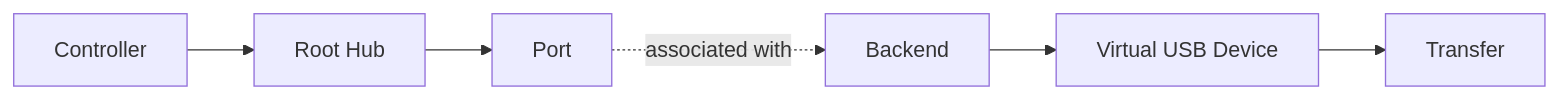
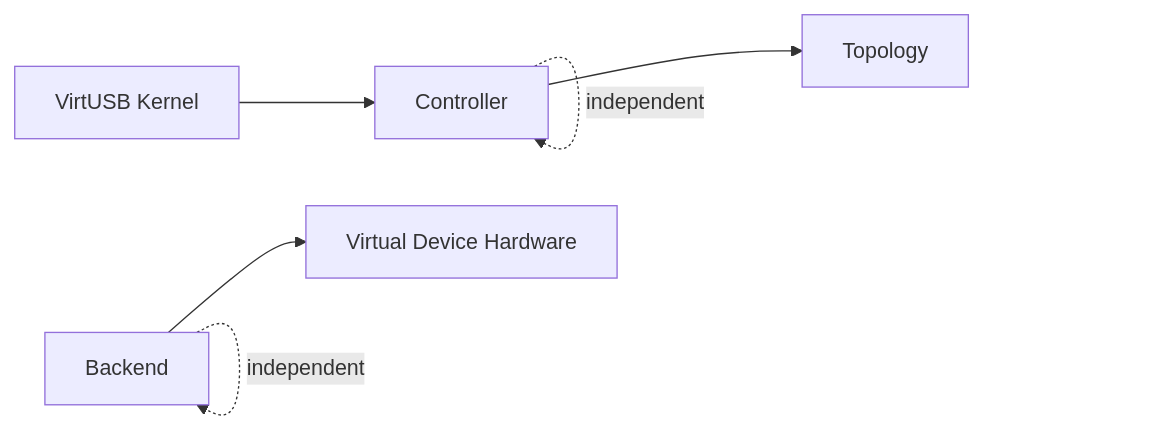
Diagram 36 of 44 in doc/architecture/high-level-architecture.md (RomanBuchert/VirtUSB), drawn with Mermaid before and after one commit. The commit also changed other lines of this file and 6 other files, not shown here.

First line of the commit message:
docs: refine architecture and requirements documentation (WIP)

````diff
--- a/doc/architecture/high-level-architecture.md
+++ b/doc/architecture/high-level-architecture.md
@@ -1215,15 +2489,15 @@
 ```mermaid
 flowchart LR
-   controller["Controller"]
-   root["Root Hub"]
-   port["Port"]
-   backend["Backend"]
-   device["Virtual USB Device"]
-   transfer["Transfer"]
+   Kernel["VirtUSB Kernel"]
+   Controller["Controller"]
+   Topology["Topology"]
+   Backend["Backend"]
+   Hardware["Virtual Device Hardware"]
 
-   controller --> root
-   root --> port
-   port -. "associated with" .-> backend
-   backend --> device
-   device --> transfer
+   Kernel --> Controller
+   Controller --> Topology
+   Backend --> Hardware
+
+   Controller -.independent.-> Controller
+   Backend -.independent.-> Backend
 ```
````
